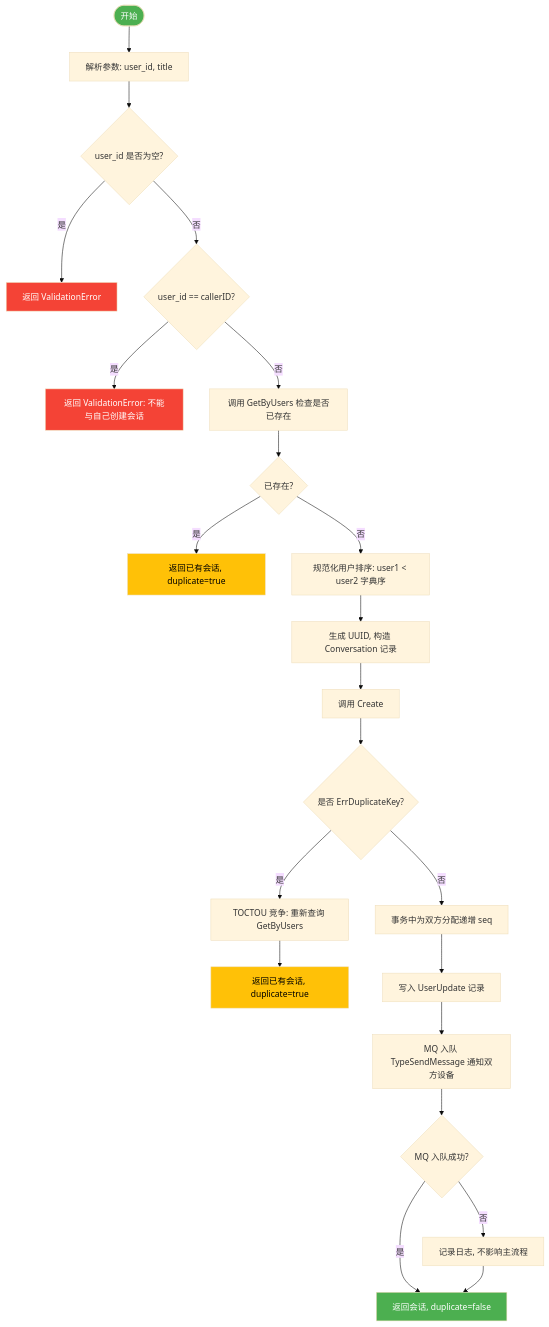
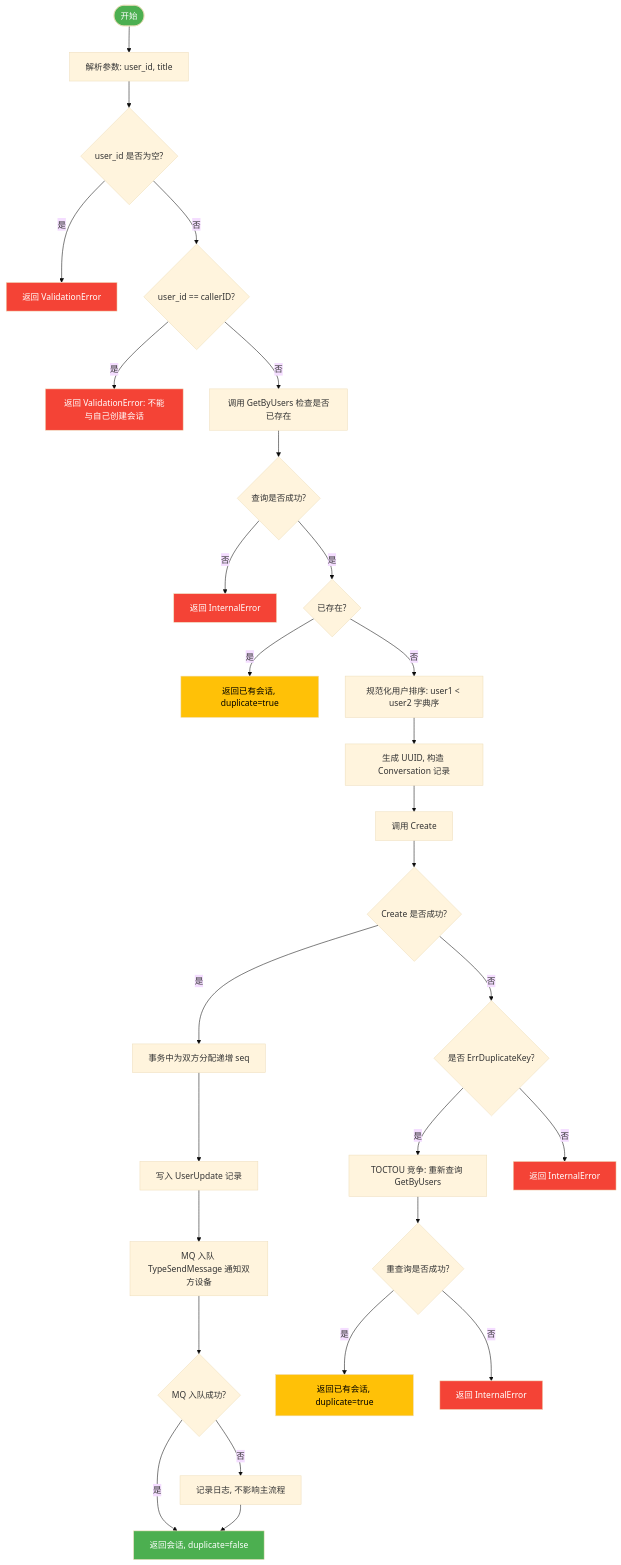
One commit to PineappleBond/xyncra-server changed the first of 5 diagrams in wiki/flows/conversation.md. Above: the diagram before and after it, drawn with Mermaid (base theme). The commit also changed other lines of this file and 6 other files, not shown here.

````diff
--- a/wiki/flows/conversation.md
+++ b/wiki/flows/conversation.md
@@ -80,31 +95,40 @@
 ```mermaid
 flowchart TD
     A([开始]) --> B[解析参数: user_id, title]
     B --> C{user_id 是否为空?}
     C -- 是 --> C1[返回 ValidationError]
     C -- 否 --> D{user_id == callerID?}
     D -- 是 --> D1[返回 ValidationError: 不能与自己创建会话]
     D -- 否 --> E[调用 GetByUsers 检查是否已存在]
-    E --> F{已存在?}
+    E --> E2{查询是否成功?}
+    E2 -- 否 --> E3[返回 InternalError]
+    E2 -- 是 --> F{已存在?}
     F -- 是 --> F1[返回已有会话, duplicate=true]
     F -- 否 --> G[规范化用户排序: user1 < user2 字典序]
     G --> H[生成 UUID, 构造 Conversation 记录]
     H --> I[调用 Create]
-    I --> J{是否 ErrDuplicateKey?}
-    J -- 是 --> K[TOCTOU 竞争: 重新查询 GetByUsers]
-    K --> K1[返回已有会话, duplicate=true]
-    J -- 否 --> L[事务中为双方分配递增 seq]
+    I --> J1{Create 是否成功?}
+    J1 -- 是 --> L[事务中为双方分配递增 seq]
     L --> M[写入 UserUpdate 记录]
     M --> N[MQ 入队 TypeSendMessage 通知双方设备]
     N --> O{MQ 入队成功?}
     O -- 否 --> O1[记录日志, 不影响主流程]
     O -- 是 --> P[返回会话, duplicate=false]
     O1 --> P
+    J1 -- 否 --> J{是否 ErrDuplicateKey?}
+    J -- 是 --> K[TOCTOU 竞争: 重新查询 GetByUsers]
+    K --> K2{重查询是否成功?}
+    K2 -- 是 --> K1[返回已有会话, duplicate=true]
+    K2 -- 否 --> K3[返回 InternalError]
+    J -- 否 --> J2[返回 InternalError]
 
     style A fill:#4CAF50,color:#fff
     style C1 fill:#f44336,color:#fff
     style D1 fill:#f44336,color:#fff
+    style E3 fill:#f44336,color:#fff
     style F1 fill:#FFC107,color:#000
     style K1 fill:#FFC107,color:#000
+    style K3 fill:#f44336,color:#fff
+    style J2 fill:#f44336,color:#fff
     style P fill:#4CAF50,color:#fff
 ```
````
